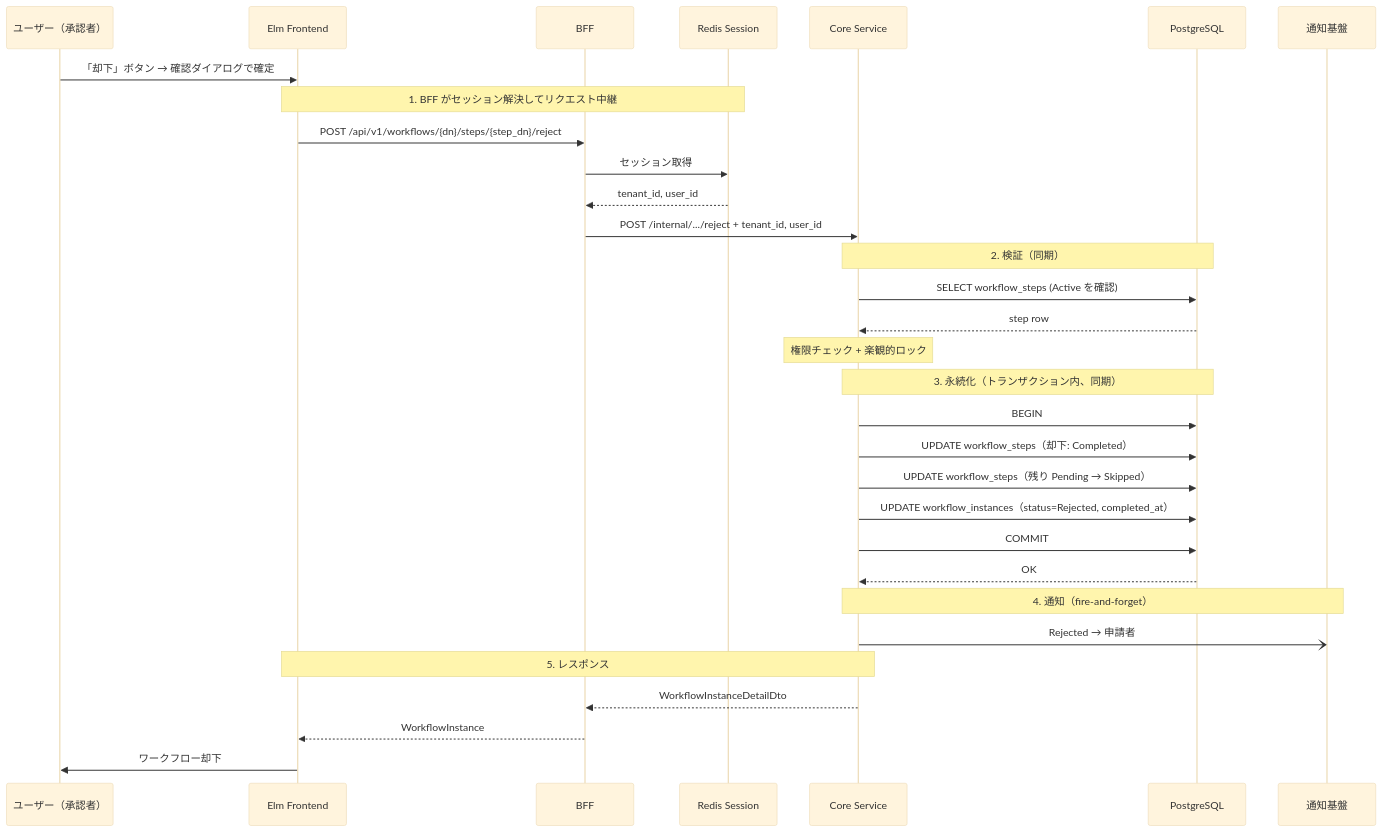
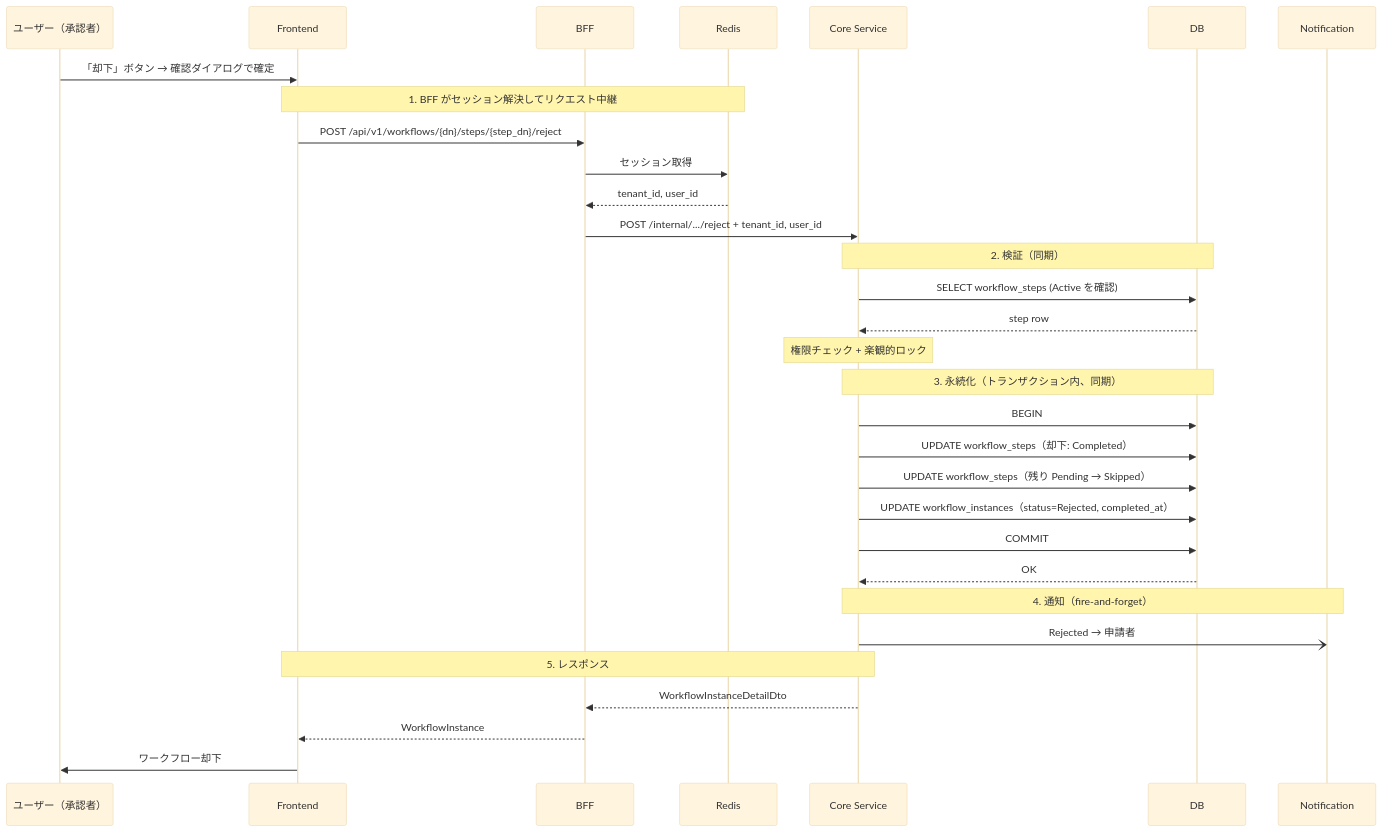
Before and after one commit to ka2kama/ringiflow: the third of 6 diagrams in docs/90_実装解説/ワークフロー/02_承認・却下フロー.md, drawn with Mermaid (base theme). The commit also changed other lines of this file and 2 other files, not shown here.

````diff
--- a/docs/90_実装解説/ワークフロー/02_承認・却下フロー.md
+++ b/docs/90_実装解説/ワークフロー/02_承認・却下フロー.md
@@ -102,39 +102,39 @@
 ```mermaid
 sequenceDiagram
     participant U as ユーザー（承認者）
-    participant Elm as Elm Frontend
+    participant FE as Frontend
     participant BFF as BFF
-    participant Redis as Redis Session
+    participant Redis as Redis
     participant Core as Core Service
-    participant DB as PostgreSQL
-    participant Notify as 通知基盤
+    participant DB as DB
+    participant Notify as Notification
 
-    U->>Elm: 「却下」ボタン → 確認ダイアログで確定
+    U->>FE: 「却下」ボタン → 確認ダイアログで確定
 
-    Note over Elm, Redis: 1. BFF がセッション解決してリクエスト中継
-    Elm->>BFF: POST /api/v1/workflows/{dn}/steps/{step_dn}/reject
+    Note over FE, Redis: 1. BFF がセッション解決してリクエスト中継
+    FE->>BFF: POST /api/v1/workflows/{dn}/steps/{step_dn}/reject
     BFF->>Redis: セッション取得
     Redis-->>BFF: tenant_id, user_id
     BFF->>Core: POST /internal/.../reject + tenant_id, user_id
 
     Note over Core, DB: 2. 検証（同期）
     Core->>DB: SELECT workflow_steps (Active を確認)
     DB-->>Core: step row
     Note over Core: 権限チェック + 楽観的ロック
 
     Note over Core, DB: 3. 永続化（トランザクション内、同期）
     Core->>DB: BEGIN
     Core->>DB: UPDATE workflow_steps（却下: Completed）
     Core->>DB: UPDATE workflow_steps（残り Pending → Skipped）
     Core->>DB: UPDATE workflow_instances（status=Rejected, completed_at）
     Core->>DB: COMMIT
     DB-->>Core: OK
 
     Note over Core, Notify: 4. 通知（fire-and-forget）
     Core-)Notify: Rejected → 申請者
 
-    Note over Core, Elm: 5. レスポンス
+    Note over Core, FE: 5. レスポンス
     Core-->>BFF: WorkflowInstanceDetailDto
-    BFF-->>Elm: WorkflowInstance
-    Elm->>U: ワークフロー却下
+    BFF-->>FE: WorkflowInstance
+    FE->>U: ワークフロー却下
 ```
````
